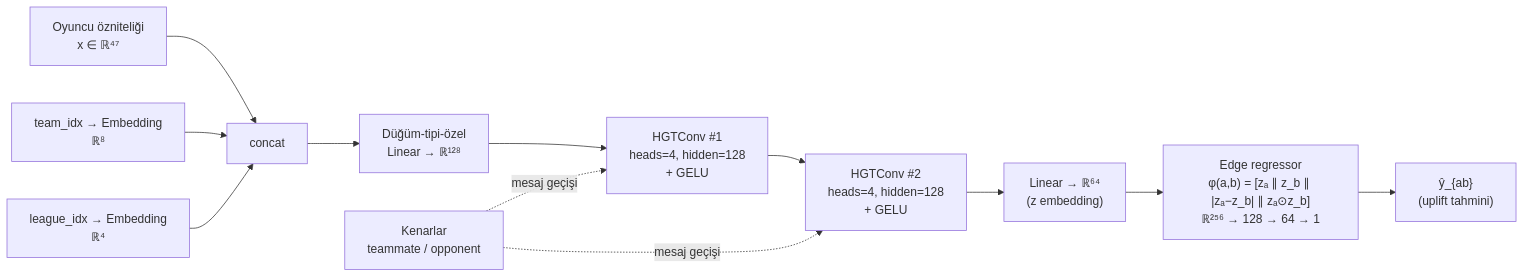
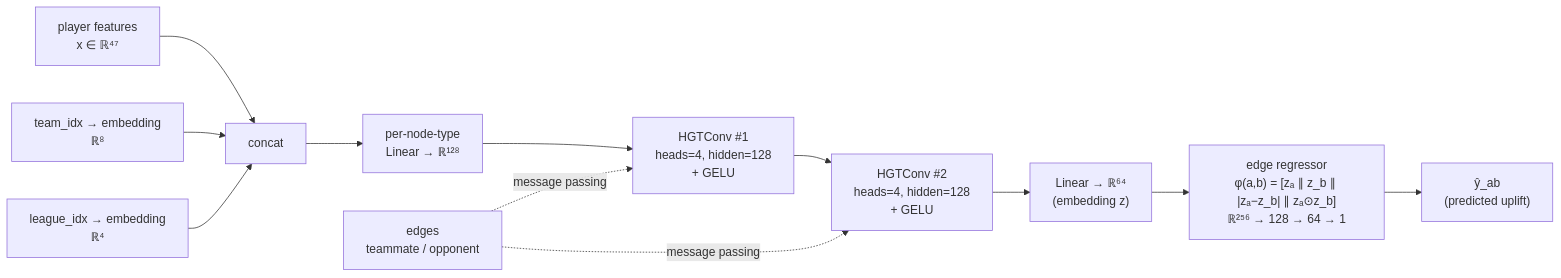
The diagram in MODEL.md (furkankupcu/football-synergy-gnn), drawn with Mermaid before and after one commit. The commit also changed other lines of this file and 19 other files, not shown here.

````diff
--- a/MODEL.md
+++ b/MODEL.md
@@ -55,14 +61,14 @@
 ```mermaid
 flowchart LR
-    X["Oyuncu özniteliği<br/>x ∈ ℝ⁴⁷"] --> C["concat"]
-    T["team_idx → Embedding<br/>ℝ⁸"] --> C
-    G["league_idx → Embedding<br/>ℝ⁴"] --> C
-    C --> L["Düğüm-tipi-özel<br/>Linear → ℝ¹²⁸"]
+    X["player features<br/>x ∈ ℝ⁴⁷"] --> C["concat"]
+    T["team_idx → embedding<br/>ℝ⁸"] --> C
+    G["league_idx → embedding<br/>ℝ⁴"] --> C
+    C --> L["per-node-type<br/>Linear → ℝ¹²⁸"]
     L --> H1["HGTConv #1<br/>heads=4, hidden=128<br/>+ GELU"]
     H1 --> H2["HGTConv #2<br/>heads=4, hidden=128<br/>+ GELU"]
-    H2 --> O["Linear → ℝ⁶⁴<br/>(z embedding)"]
-    O --> P["Edge regressor<br/>φ(a,b) = [zₐ ∥ z_b ∥ |zₐ−z_b| ∥ zₐ⊙z_b]<br/>ℝ²⁵⁶ → 128 → 64 → 1"]
-    P --> Y["ŷ_{ab}<br/>(uplift tahmini)"]
-    E["Kenarlar<br/>teammate / opponent"] -.->|mesaj geçişi| H1
-    E -.->|mesaj geçişi| H2
+    H2 --> O["Linear → ℝ⁶⁴<br/>(embedding z)"]
+    O --> P["edge regressor<br/>φ(a,b) = [zₐ ∥ z_b ∥ |zₐ−z_b| ∥ zₐ⊙z_b]<br/>ℝ²⁵⁶ → 128 → 64 → 1"]
+    P --> Y["ŷ_ab<br/>(predicted uplift)"]
+    E["edges<br/>teammate / opponent"] -.->|message passing| H1
+    E -.->|message passing| H2
 ```
````
